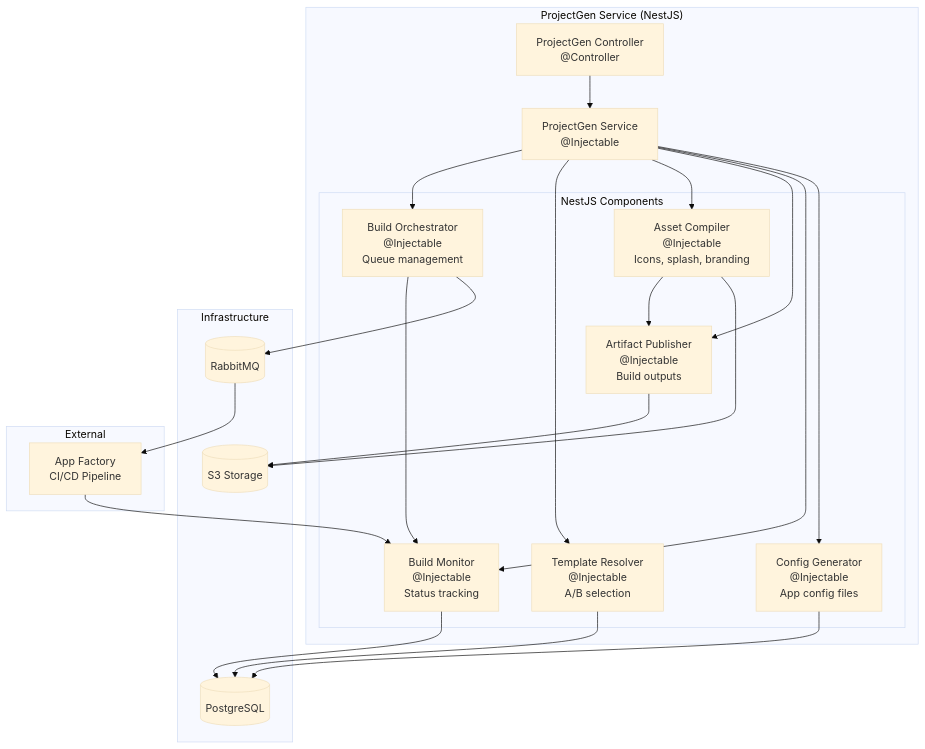
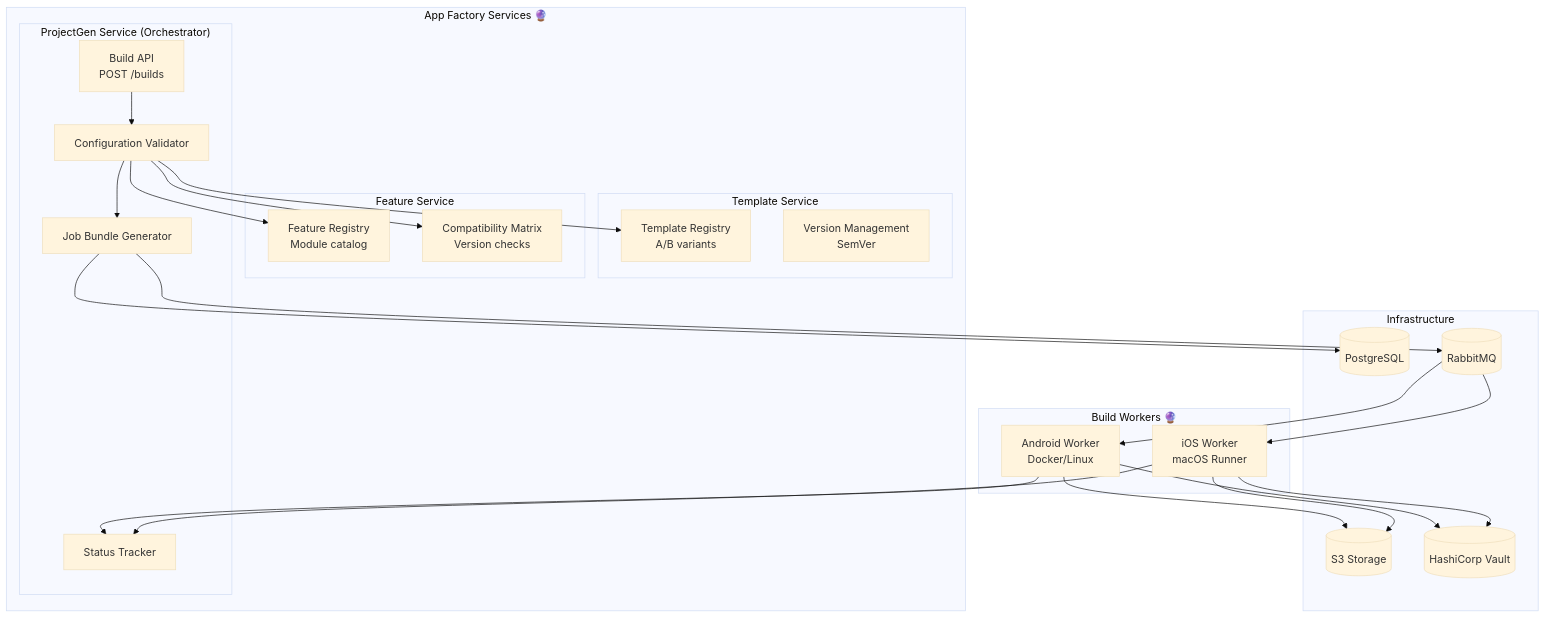
Before and after one commit to The-Heidi-Suite/heidi.microservices: the sixth of 26 diagrams in docs/planned/architecture.md, drawn with Mermaid (base theme). The commit also changed other lines of this file and 1 other file, not shown here.

First line of the commit message:
docs: add HEIDI App Factory Process documentation

````diff
--- a/docs/planned/architecture.md
+++ b/docs/planned/architecture.md
@@ -593,53 +597,52 @@
 ```mermaid
 graph TB
-    subgraph "ProjectGen Service (NestJS)"
-        ProjectGenController[ProjectGen Controller<br/>@Controller]
-        ProjectGenService[ProjectGen Service<br/>@Injectable]
+    subgraph "App Factory Services 🔮"
+        subgraph "Template Service"
+            TemplateRegistry[Template Registry<br/>A/B variants]
+            TemplateVersioning[Version Management<br/>SemVer]
+        end
 
-        subgraph "NestJS Components"
-            BuildOrchestrator[Build Orchestrator<br/>@Injectable<br/>Queue management]
-            TemplateResolver[Template Resolver<br/>@Injectable<br/>A/B selection]
-            AssetCompiler[Asset Compiler<br/>@Injectable<br/>Icons, splash, branding]
-            ArtifactPublisher[Artifact Publisher<br/>@Injectable<br/>Build outputs]
-            BuildMonitor[Build Monitor<br/>@Injectable<br/>Status tracking]
-            ConfigGenerator[Config Generator<br/>@Injectable<br/>App config files]
+        subgraph "Feature Service"
+            FeatureRegistry[Feature Registry<br/>Module catalog]
+            CompatibilityMatrix[Compatibility Matrix<br/>Version checks]
         end
+
+        subgraph "ProjectGen Service (Orchestrator)"
+            BuildAPI[Build API<br/>POST /builds]
+            Validator[Configuration Validator]
+            JobGenerator[Job Bundle Generator]
+            StatusTracker[Status Tracker]
+        end
+    end
+
+    subgraph "Build Workers 🔮"
+        AndroidWorker[Android Worker<br/>Docker/Linux]
+        iOSWorker[iOS Worker<br/>macOS Runner]
     end
 
     subgraph "Infrastructure"
         Postgres[(PostgreSQL)]
+        RabbitMQ[(RabbitMQ)]
         S3[(S3 Storage)]
-        RabbitMQ[(RabbitMQ)]
+        Vault[(HashiCorp Vault)]
     end
 
-    subgraph "External"
-        AppFactory[App Factory<br/>CI/CD Pipeline]
-    end
+    BuildAPI --> Validator
+    Validator --> CompatibilityMatrix
+    Validator --> TemplateRegistry
+    Validator --> FeatureRegistry
+    Validator --> JobGenerator
 
-    %% Controller to Service
-    ProjectGenController --> ProjectGenService
+    JobGenerator --> Postgres
+    JobGenerator --> RabbitMQ
 
-    %% Service to Components
-    ProjectGenService --> BuildOrchestrator
-    ProjectGenService --> TemplateResolver
-    ProjectGenService --> AssetCompiler
-    ProjectGenService --> ArtifactPublisher
-    ProjectGenService --> BuildMonitor
-    ProjectGenService --> ConfigGenerator
+    RabbitMQ --> AndroidWorker
+    RabbitMQ --> iOSWorker
 
-    %% Component interactions
-    BuildOrchestrator --> BuildMonitor
-    AssetCompiler --> ArtifactPublisher
-
-    %% Components to Infrastructure
-    BuildOrchestrator --> RabbitMQ
-    TemplateResolver --> Postgres
-    AssetCompiler --> S3
-    ArtifactPublisher --> S3
-    BuildMonitor --> Postgres
-    ConfigGenerator --> Postgres
-
-    %% External connections
-    RabbitMQ --> AppFactory
-    AppFactory --> BuildMonitor
+    AndroidWorker --> Vault
+    iOSWorker --> Vault
+    AndroidWorker --> S3
+    iOSWorker --> S3
+    AndroidWorker --> StatusTracker
+    iOSWorker --> StatusTracker
 ```
````
